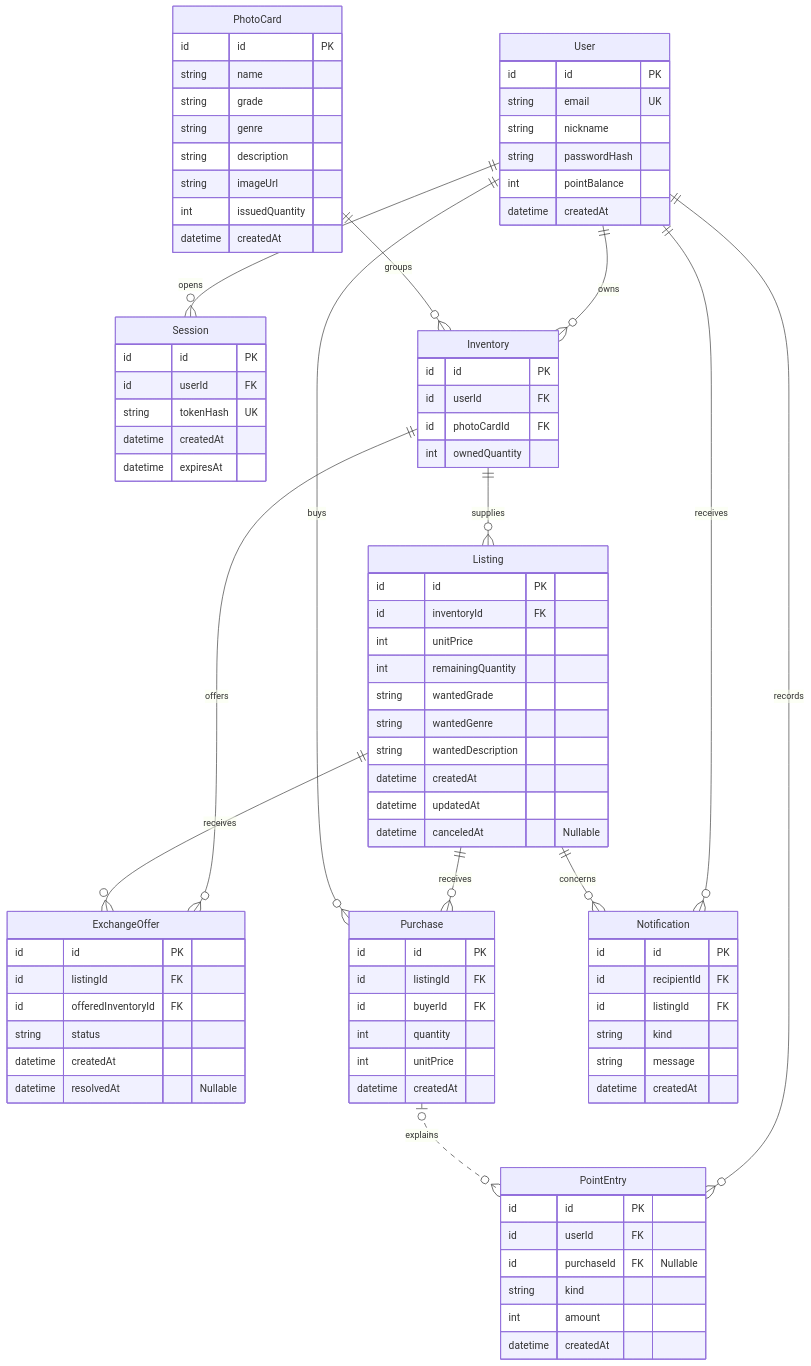
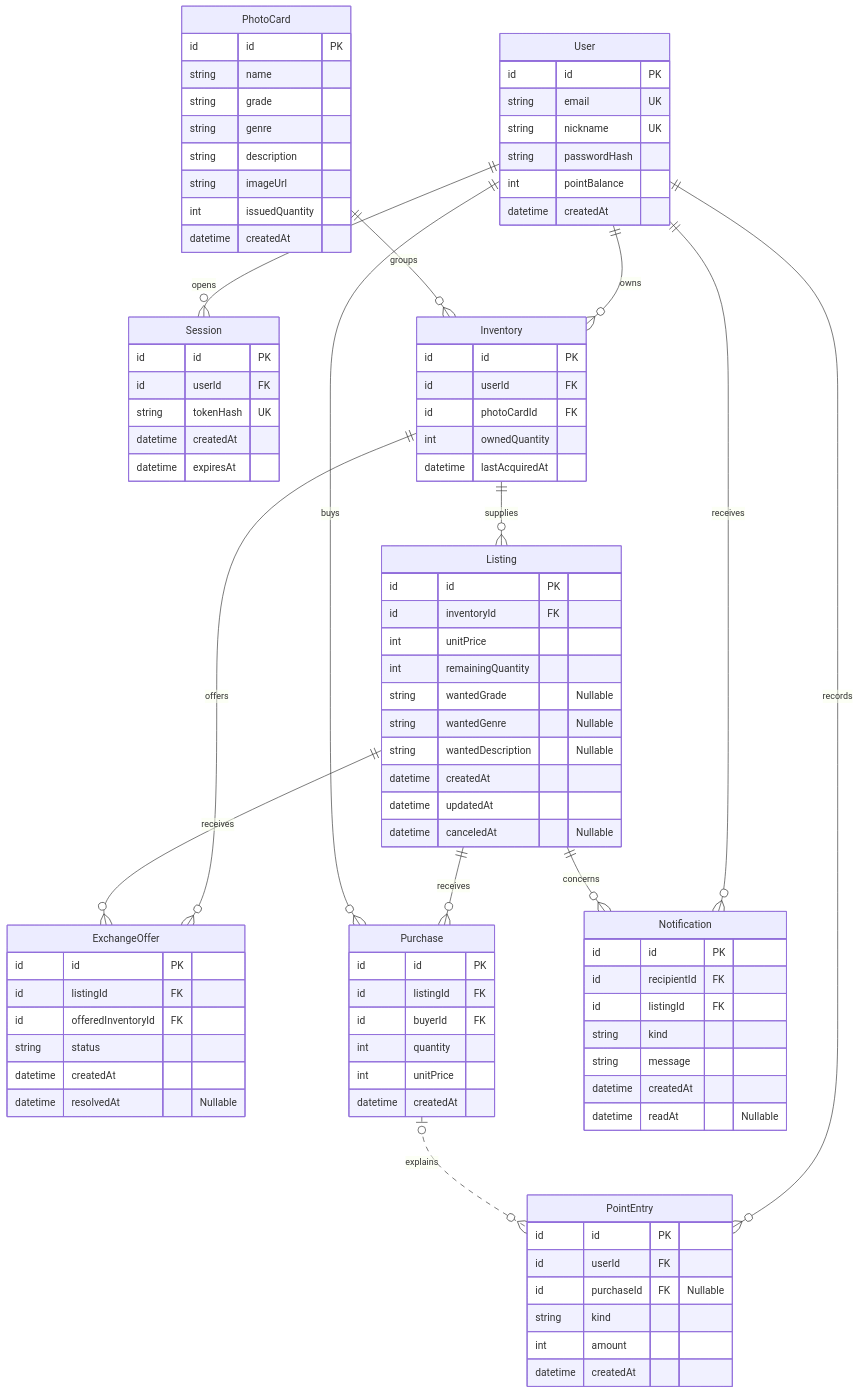
The diagram in docs/ERD.md (codeit-fs-16-part3-team2/codeit-project), drawn with Mermaid before and after one commit. The commit also changed other lines of this file and 9 other files, not shown here.

````diff
--- a/docs/ERD.md
+++ b/docs/ERD.md
@@ -22,7 +22,7 @@
     User {
         id id PK
         string email UK
-        string nickname
+        string nickname UK
         string passwordHash
         int pointBalance
         datetime createdAt
@@ -52,6 +52,7 @@
         id userId FK
         id photoCardId FK
         int ownedQuantity
+        datetime lastAcquiredAt
     }
 
     Listing {
@@ -59,9 +60,9 @@
         id inventoryId FK
         int unitPrice
         int remainingQuantity
-        string wantedGrade
-        string wantedGenre
-        string wantedDescription
+        string wantedGrade "Nullable"
+        string wantedGenre "Nullable"
+        string wantedDescription "Nullable"
         datetime createdAt
         datetime updatedAt
         datetime canceledAt "Nullable"
@@ -101,5 +102,6 @@
         string kind
         string message
         datetime createdAt
+        datetime readAt "Nullable"
     }
 ```
````
